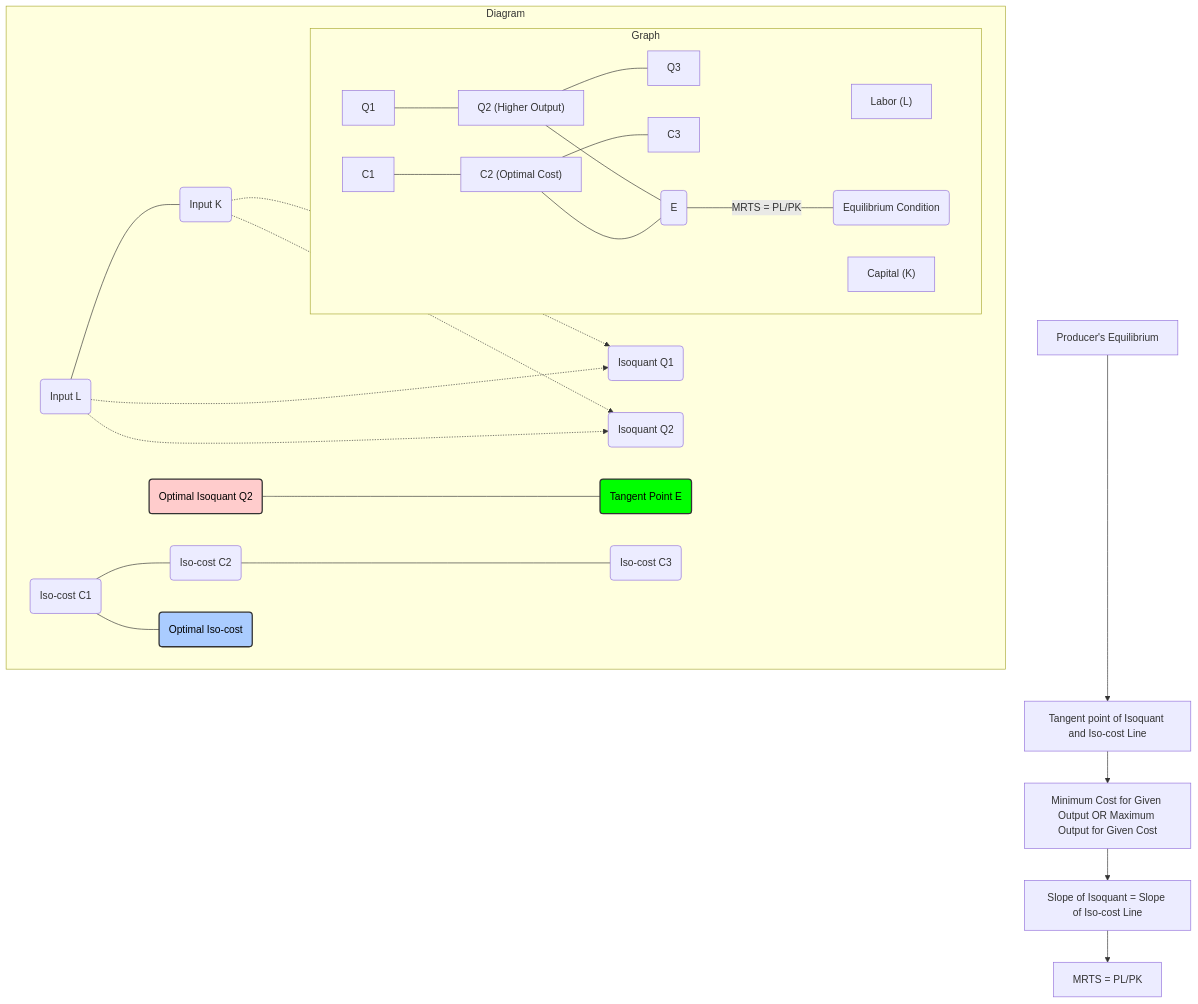
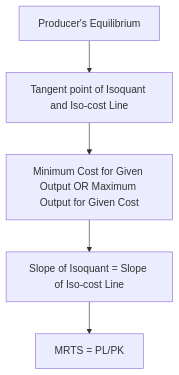
One commit to djmahe4/ktu-mindmaps changed the first of 24 diagrams in s6/IEFT/ie2.md. Above: the diagram before and after it, drawn with Mermaid. The commit also changed other lines of this file, not shown here.

````diff
--- a/s6/IEFT/ie2.md
+++ b/s6/IEFT/ie2.md
@@ -78,38 +78,7 @@
 ```mermaid
 graph TD
     A["Producer's Equilibrium"] --> B["Tangent point of Isoquant and Iso-cost Line"]
     B --> C["Minimum Cost for Given Output OR Maximum Output for Given Cost"]
     C --> D["Slope of Isoquant = Slope of Iso-cost Line"]
     D --> E["MRTS = PL/PK"]
-
-    subgraph "Diagram"
-        direction LR
-        P1("Input L") --- P2("Input K")
-        P1 -.-> I1("Isoquant Q1")
-        P1 -.-> I2("Isoquant Q2")
-        P2 -.-> I1
-        P2 -.-> I2
-        IC1("Iso-cost C1") --- IC2("Iso-cost C2")
-        IC2 --- IC3("Iso-cost C3")
-        IC1 --- IC_Optimal("Optimal Iso-cost")
-        I_Optimal("Optimal Isoquant Q2") --- Tangent("Tangent Point E")
-
-        style IC_Optimal fill:#acf,stroke:#333,stroke-width:2px,color:#000
-        style I_Optimal fill:#fcc,stroke:#333,stroke-width:2px,color:#000
-        style Tangent fill:#0f0,stroke:#333,stroke-width:2px,color:#000
-
-        subgraph Graph
-            direction LR
-            L_axis["Labor (L)"]
-            K_axis["Capital (K)"]
-
-            IsoQ1["Q1"] --- IsoQ2["Q2 (Higher Output)"] --- IsoQ3["Q3"]
-            IsoC1["C1"] --- IsoC2["C2 (Optimal Cost)"] --- IsoC3["C3"]
-
-            IsoQ2 --- OptimalPoint("E")
-            IsoC2 --- OptimalPoint
-
-            OptimalPoint --- |"MRTS = PL/PK"| EqCondition("Equilibrium Condition")
-        end
-    end
 ```
````
